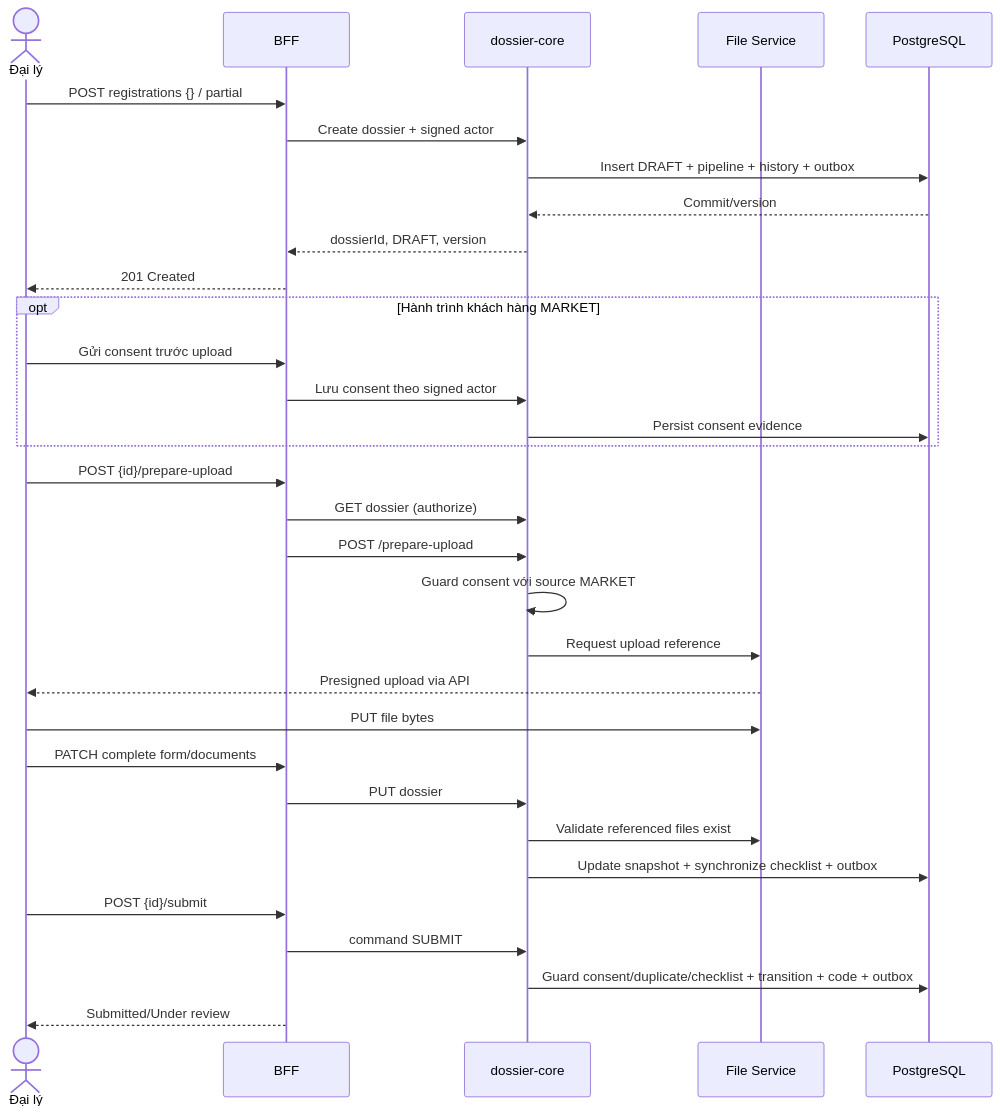
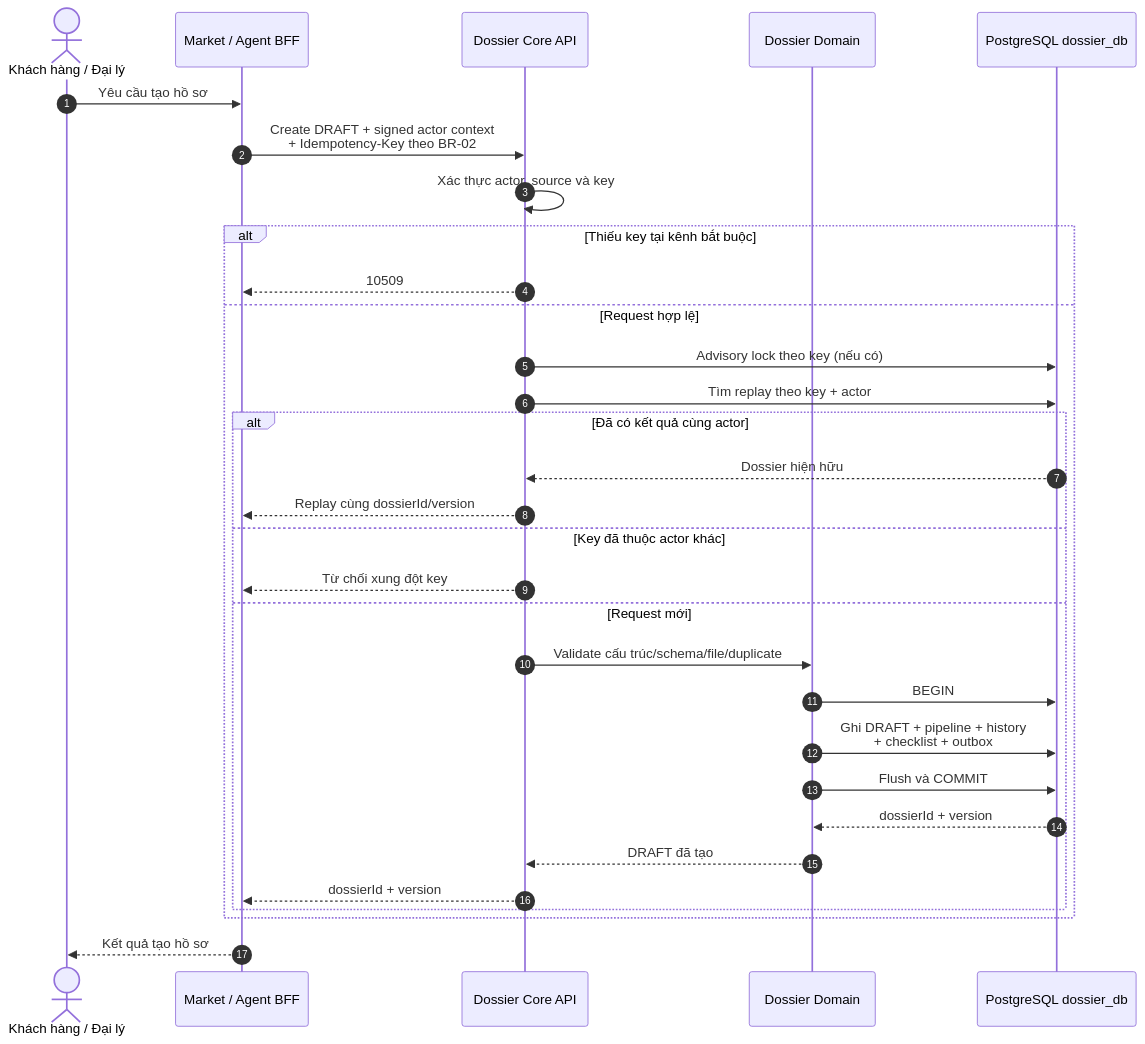
The ninth of 15 diagrams in tdd-dossier.md (huynv-xyz/vhm), drawn with Mermaid before and after one commit. The commit also changed other lines of this file, not shown here.

````diff
--- a/tdd-dossier.md
+++ b/tdd-dossier.md
@@ -575,35 +849,34 @@
 ```mermaid
 sequenceDiagram
-    actor U as Đại lý
-    participant A as BFF
-    participant C as dossier-core
-    participant F as File Service
-    participant D as PostgreSQL
+    autonumber
+    actor User as Khách hàng / Đại lý
+    participant BFF as Market / Agent BFF
+    participant API as Dossier Core API
+    participant Domain as Dossier Domain
+    participant DB as PostgreSQL dossier_db
 
-    U->>A: POST registrations {} / partial
-    A->>C: Create dossier + signed actor
-    C->>D: Insert DRAFT + pipeline + history + outbox
-    D-->>C: Commit/version
-    C-->>A: dossierId, DRAFT, version
-    A-->>U: 201 Created
-    opt Hành trình khách hàng MARKET
-        U->>A: Gửi consent trước upload
-        A->>C: Lưu consent theo signed actor
-        C->>D: Persist consent evidence
+    User->>BFF: Yêu cầu tạo hồ sơ
+    BFF->>API: Create DRAFT + signed actor context<br/>+ Idempotency-Key theo BR-02
+    API->>API: Xác thực actor, source và key
+    alt Thiếu key tại kênh bắt buộc
+        API-->>BFF: 10509
+    else Request hợp lệ
+        API->>DB: Advisory lock theo key (nếu có)
+        API->>DB: Tìm replay theo key + actor
+        alt Đã có kết quả cùng actor
+            DB-->>API: Dossier hiện hữu
+            API-->>BFF: Replay cùng dossierId/version
+        else Key đã thuộc actor khác
+            API-->>BFF: Từ chối xung đột key
+        else Request mới
+            API->>Domain: Validate cấu trúc/schema/file/duplicate
+            Domain->>DB: BEGIN
+            Domain->>DB: Ghi DRAFT + pipeline + history<br/>+ checklist + outbox
+            Domain->>DB: Flush và COMMIT
+            DB-->>Domain: dossierId + version
+            Domain-->>API: DRAFT đã tạo
+            API-->>BFF: dossierId + version
+        end
     end
-    U->>A: POST {id}/prepare-upload
-    A->>C: GET dossier (authorize)
-    A->>C: POST /prepare-upload
-    C->>C: Guard consent với source MARKET
-    C->>F: Request upload reference
-    F-->>U: Presigned upload via API
-    U->>F: PUT file bytes
-    U->>A: PATCH complete form/documents
-    A->>C: PUT dossier
-    C->>F: Validate referenced files exist
-    C->>D: Update snapshot + synchronize checklist + outbox
-    U->>A: POST {id}/submit
-    A->>C: command SUBMIT
-    C->>D: Guard consent/duplicate/checklist + transition + code + outbox
-    A-->>U: Submitted/Under review
+    BFF-->>User: Kết quả tạo hồ sơ
 ```
````
